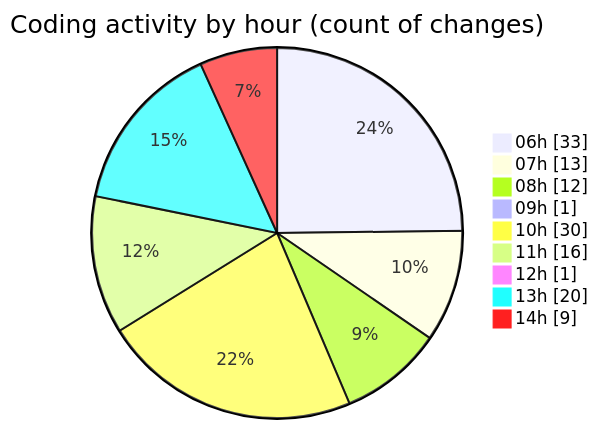
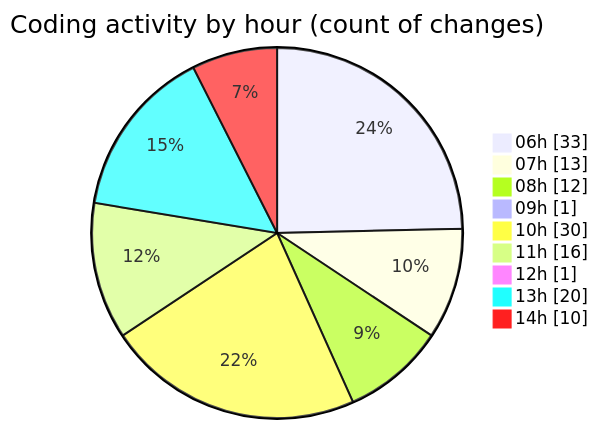
The second of 2 diagrams in 2025-02-21/micros/README.md (charlie-sans/code-tracking), drawn with Mermaid before and after one commit. The commit also changed other lines of this file and 1 other file, not shown here.

````diff
--- a/2025-02-21/micros/README.md
+++ b/2025-02-21/micros/README.md
@@ -92,13 +92,13 @@
 ```mermaid
 pie showData
 title Coding activity by hour (count of changes)
 "06h" : 33
 "07h" : 13
 "08h" : 12
 "09h" : 1
 "10h" : 30
 "11h" : 16
 "12h" : 1
 "13h" : 20
-"14h" : 9
+"14h" : 10
 ```
````
